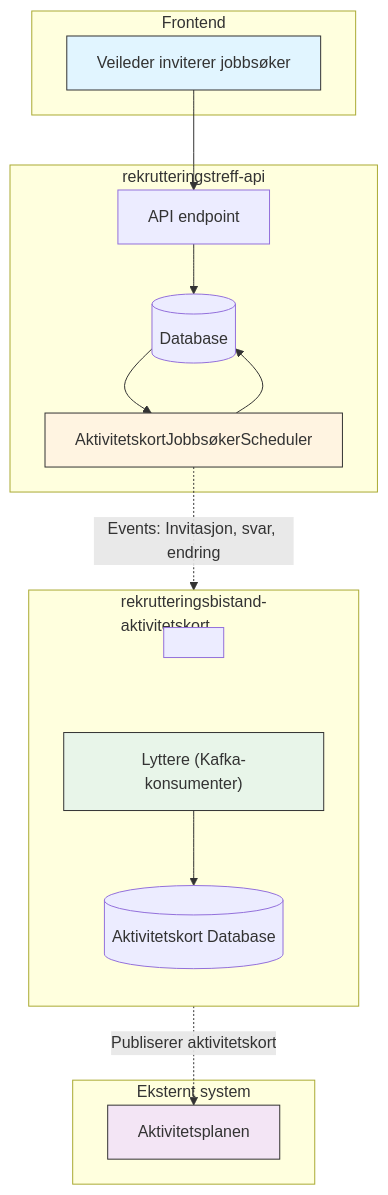
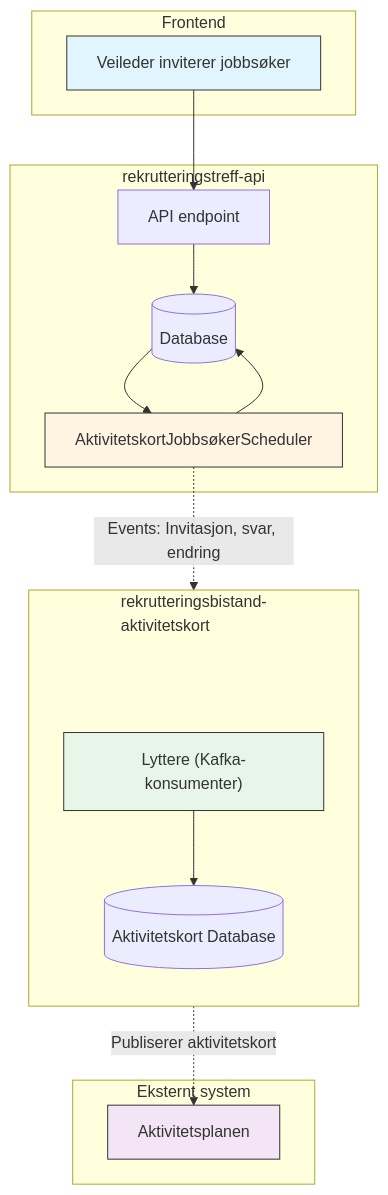
One commit to navikt/rekrutteringstreff-backend changed the diagram in docs/4-integrasjoner/aktivitetskort.md. Above: the diagram before and after it, drawn with Mermaid.

Commit message:
aktivitetskort dok, gi bedre plass i diagrammet

````diff
--- a/docs/4-integrasjoner/aktivitetskort.md
+++ b/docs/4-integrasjoner/aktivitetskort.md
@@ -11,43 +11,44 @@
 ```mermaid
 graph TB
     subgraph Frontend
         UI[Veileder inviterer jobbsøker]
     end
 
     subgraph "rekrutteringstreff-api"
         API[API endpoint]
         DB[(Database)]
         Scheduler[AktivitetskortJobbsøkerScheduler]
     end
 
     subgraph "rekrutteringsbistand-<br/>aktivitetskort"
         direction TB
         %% Spacer for å unngå at tittelen kræsjer med noden
         Spacer[ ]
         Lyttere["Lyttere (Kafka-konsumenter)"]
         AktDB[("Aktivitetskort Database")]
         Spacer ~~~ Lyttere
     end
 
     subgraph "Eksternt system"
         Aktivitetsplan[Aktivitetsplanen]
     end
 
     UI --> API
     API --> DB
 
     Scheduler --> DB
     DB --> Scheduler
 
     %% Kafka-flyt (Rapids & Rivers)
     %% Stiplet linje indikerer asynkron kommunikasjon via Kafka
     Scheduler -.->|Events: Invitasjon, svar, endring| Lyttere
 
     Lyttere --> AktDB
     Lyttere -.->|Publiserer aktivitetskort| Aktivitetsplan
 
     style UI fill:#e1f5ff,color:#333,stroke:#333
     style Scheduler fill:#fff4e1,color:#333,stroke:#333
     style Lyttere fill:#e8f5e9,color:#333,stroke:#333
     style Aktivitetsplan fill:#f3e5f5,color:#333,stroke:#333
+    style Spacer fill:none,stroke:none,color:transparent
 ```
````
